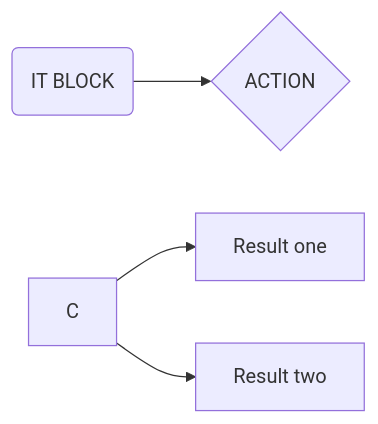
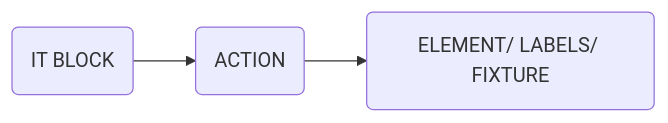
The diagram in README.md (tayyabsaleem7756/ignicube), drawn with Mermaid before and after one commit.

````diff
--- a/README.md
+++ b/README.md
@@ -232,6 +232,4 @@
 ```mermaid
 graph LR
-A(IT BLOCK) -->B{ACTION}
-    C --> D[Result one]
-    C --> E[Result two]
+A(IT BLOCK) -->B(ACTION) --> C(ELEMENT/ LABELS/ FIXTURE)
 ```
````
